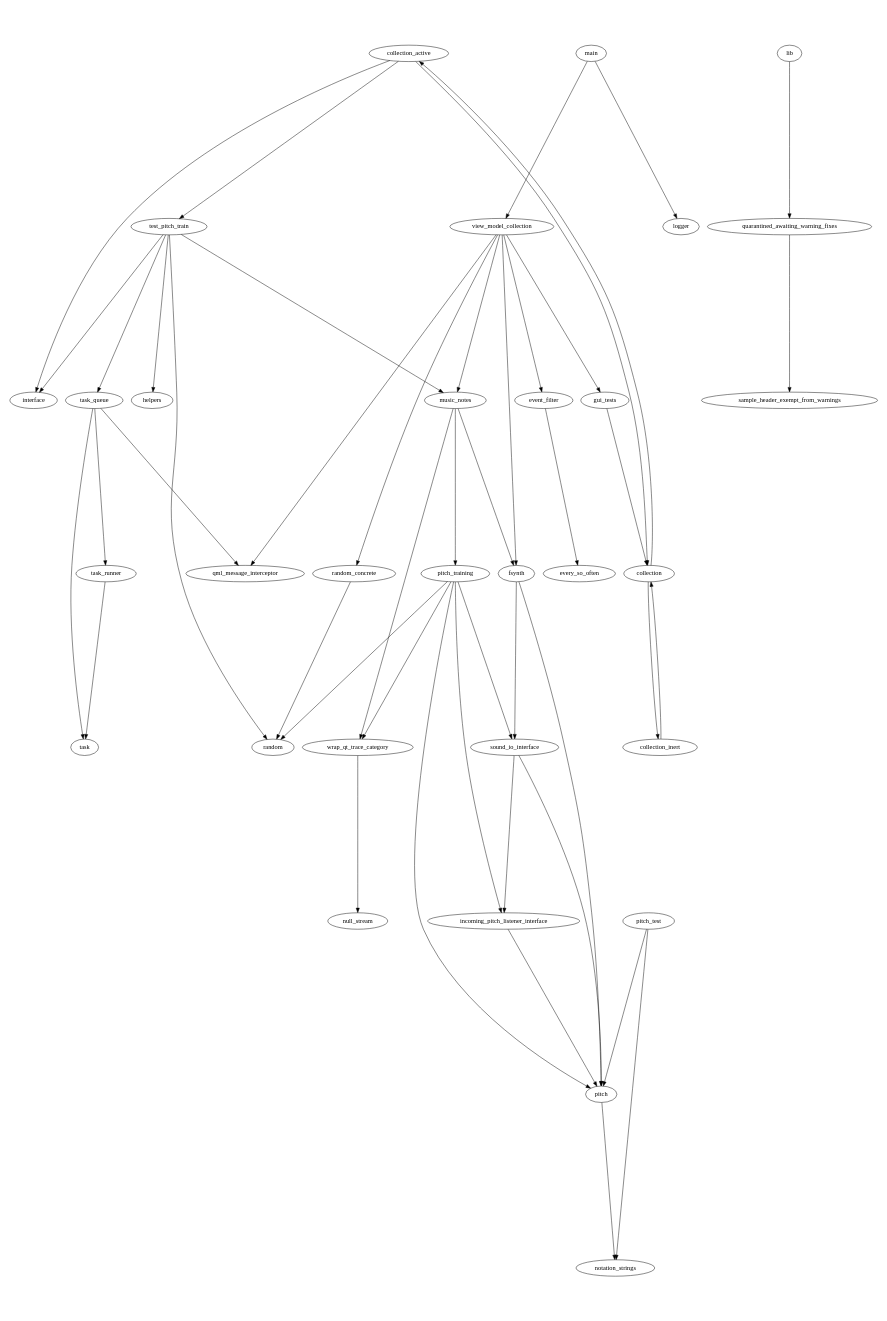
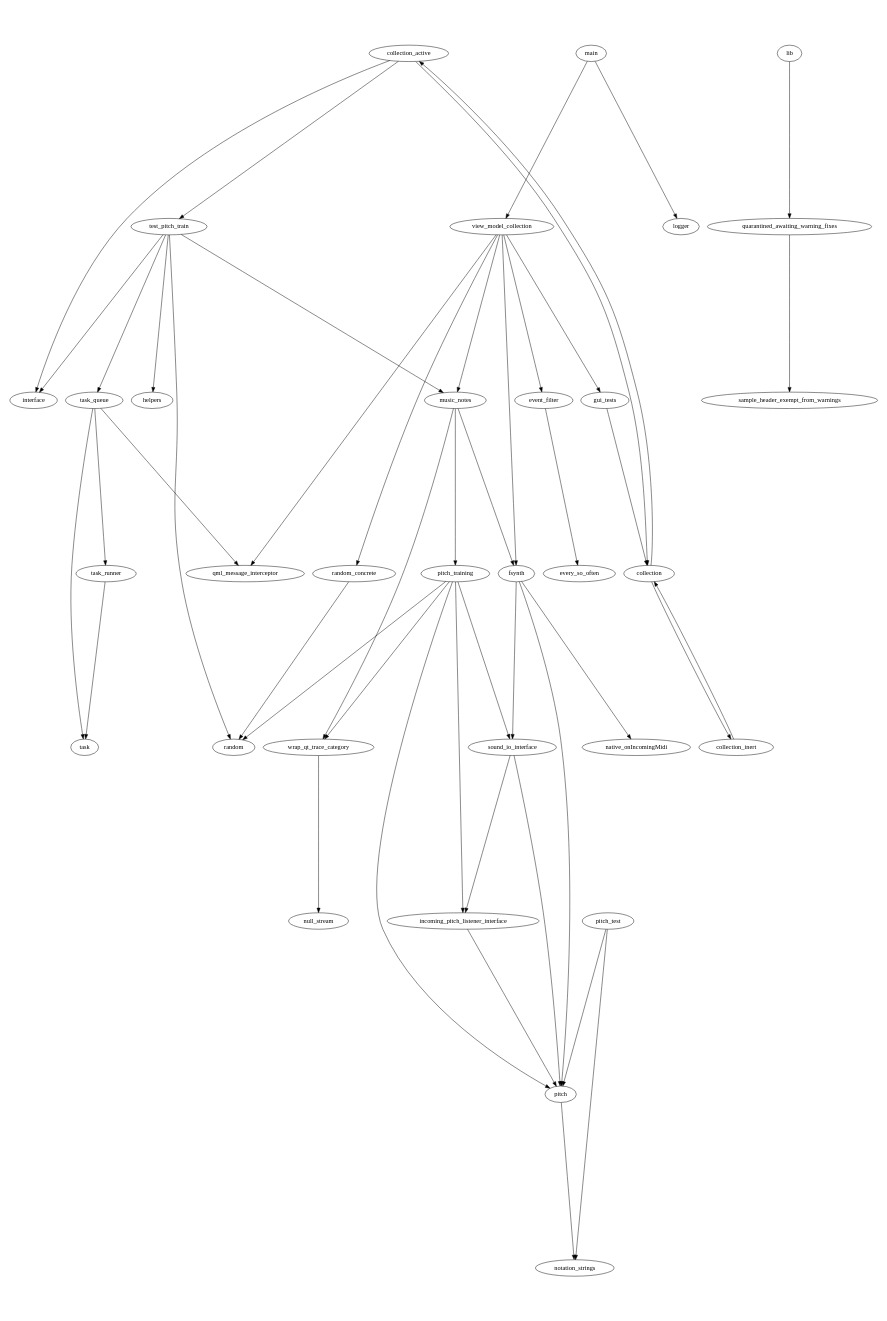
One commit to pestophagous/heory changed the diagram in sw_arch_doc/all_src.dot. Above: the diagram before and after it, drawn with Graphviz. The commit also changed 5 other files, not shown here.

Commit message:
add JNI native method onIncomingMidi to call from Java to C++

```diff
--- a/sw_arch_doc/all_src.dot
+++ b/sw_arch_doc/all_src.dot
@@ -1,53 +1,54 @@
 digraph "source tree" {
     overlap=scale;
     size="12,18";
     ratio="fill";
     fontsize="16";
     fontname="Helvetica";
     clusterrank="local";
 	"collection_active" -> "collection"
 	"collection_active" -> "interface"
 	"collection_active" -> "test_pitch_train"
 	"collection" -> "collection_active"
 	"collection" -> "collection_inert"
 	"collection_inert" -> "collection"
 	"event_filter" -> "every_so_often"
+	"fsynth" -> "native_onIncomingMidi"
 	"fsynth" -> "pitch"
 	"fsynth" -> "sound_io_interface"
 	"gui_tests" -> "collection"
 	"incoming_pitch_listener_interface" -> "pitch"
 	"lib" -> "quarantined_awaiting_warning_fixes"
 	"main" -> "logger"
 	"main" -> "view_model_collection"
 	"music_notes" -> "fsynth"
 	"music_notes" -> "pitch_training"
 	"music_notes" -> "wrap_qt_trace_category"
 	"pitch" -> "notation_strings"
 	"pitch_test" -> "notation_strings"
 	"pitch_test" -> "pitch"
 	"pitch_training" -> "incoming_pitch_listener_interface"
 	"pitch_training" -> "pitch"
 	"pitch_training" -> "random"
 	"pitch_training" -> "sound_io_interface"
 	"pitch_training" -> "wrap_qt_trace_category"
 	"quarantined_awaiting_warning_fixes" -> "sample_header_exempt_from_warnings"
 	"random_concrete" -> "random"
 	"sound_io_interface" -> "incoming_pitch_listener_interface"
 	"sound_io_interface" -> "pitch"
 	"task_queue" -> "qml_message_interceptor"
 	"task_queue" -> "task"
 	"task_queue" -> "task_runner"
 	"task_runner" -> "task"
 	"test_pitch_train" -> "helpers"
 	"test_pitch_train" -> "interface"
 	"test_pitch_train" -> "music_notes"
 	"test_pitch_train" -> "random"
 	"test_pitch_train" -> "task_queue"
 	"view_model_collection" -> "event_filter"
 	"view_model_collection" -> "fsynth"
 	"view_model_collection" -> "gui_tests"
 	"view_model_collection" -> "music_notes"
 	"view_model_collection" -> "qml_message_interceptor"
 	"view_model_collection" -> "random_concrete"
 	"wrap_qt_trace_category" -> "null_stream"
 }
```
